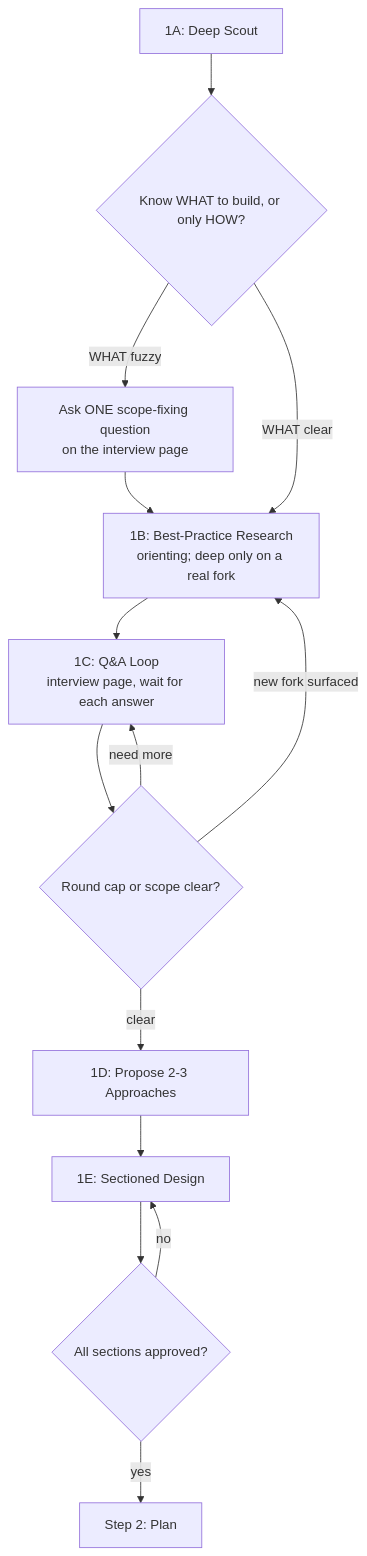
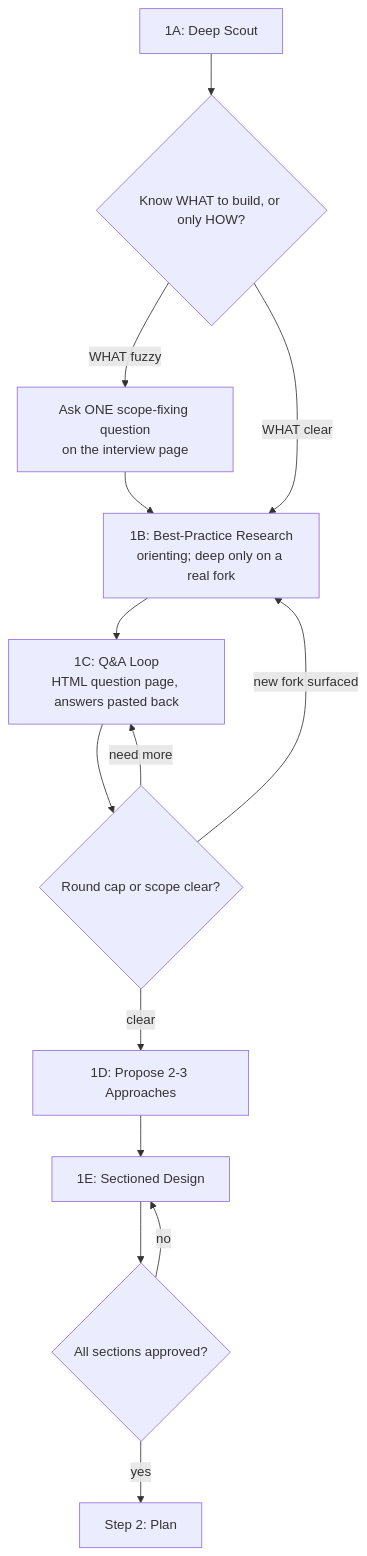
The diagram in skills/cook/references/design-phase.md (dphong1995/skills), drawn with Mermaid before and after one commit. The commit also changed other lines of this file and 8 other files, not shown here.

First line of the commit message:
Show interview questions on a local HTML page instead of an Artifact

````diff
--- a/skills/cook/references/design-phase.md
+++ b/skills/cook/references/design-phase.md
@@ -44,15 +45,15 @@
 ```mermaid
 flowchart TD
     A[1A: Deep Scout] --> W{Know WHAT to build, or only HOW?}
     W -->|WHAT fuzzy| Q0[Ask ONE scope-fixing question<br/>on the interview page] --> R
     W -->|WHAT clear| R[1B: Best-Practice Research<br/>orienting; deep only on a real fork]
-    R --> B[1C: Q&A Loop<br/>interview page, wait for each answer]
+    R --> B[1C: Q&A Loop<br/>HTML question page, answers pasted back]
     B --> C{Round cap or scope clear?}
     C -->|need more| B
     C -->|new fork surfaced| R
     C -->|clear| D[1D: Propose 2-3 Approaches]
     D --> E[1E: Sectioned Design]
     E --> F{All sections approved?}
     F -->|no| E
     F -->|yes| G[Step 2: Plan]
 ```
````
